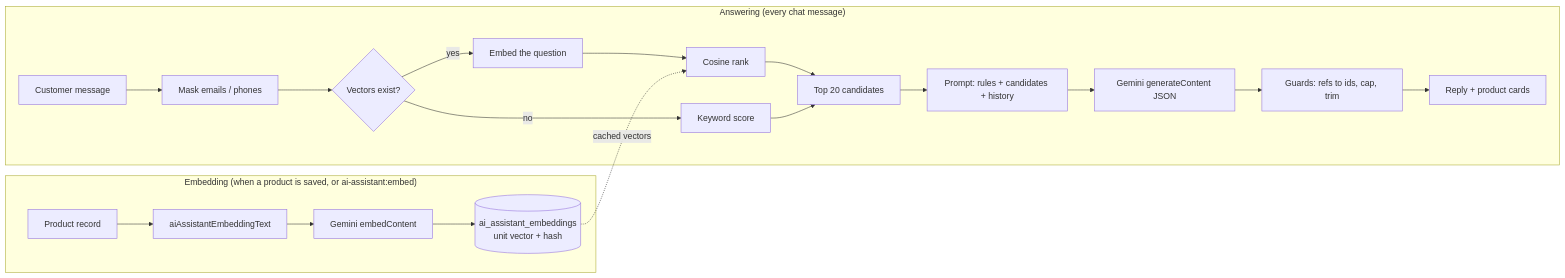
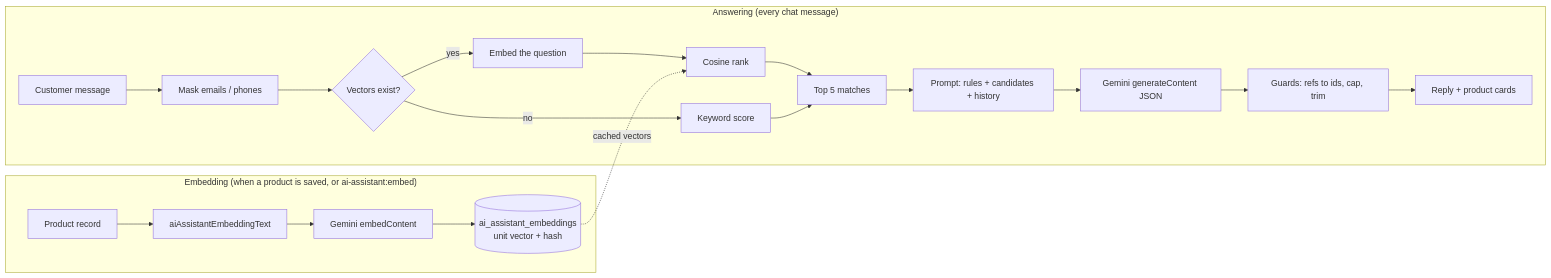
The diagram in OUR_RAG.md (salehibneomar/amar-ecommerce), drawn with Mermaid before and after one commit. The commit also changed other lines of this file and 25 other files, not shown here.

````diff
--- a/OUR_RAG.md
+++ b/OUR_RAG.md
@@ -57,23 +57,23 @@
 ```mermaid
 flowchart LR
     subgraph Embedding["Embedding (when a product is saved, or ai-assistant:embed)"]
         B[Product record] --> T[aiAssistantEmbeddingText]
         T --> E1[Gemini embedContent]
         E1 --> V[(ai_assistant_embeddings<br/>unit vector + hash)]
     end
 
     subgraph Answering["Answering (every chat message)"]
         Q[Customer message] --> M[Mask emails / phones]
         M --> R{Vectors exist?}
         R -- yes --> E2[Embed the question] --> S[Cosine rank]
         R -- no --> K[Keyword score]
-        S --> C[Top 20 candidates]
+        S --> C[Top 5 matches]
         K --> C
         C --> P[Prompt: rules + candidates + history]
         P --> G[Gemini generateContent JSON]
         G --> GU[Guards: refs to ids, cap, trim]
         GU --> UI[Reply + product cards]
     end
 
     V -. cached vectors .-> S
 ```
````
